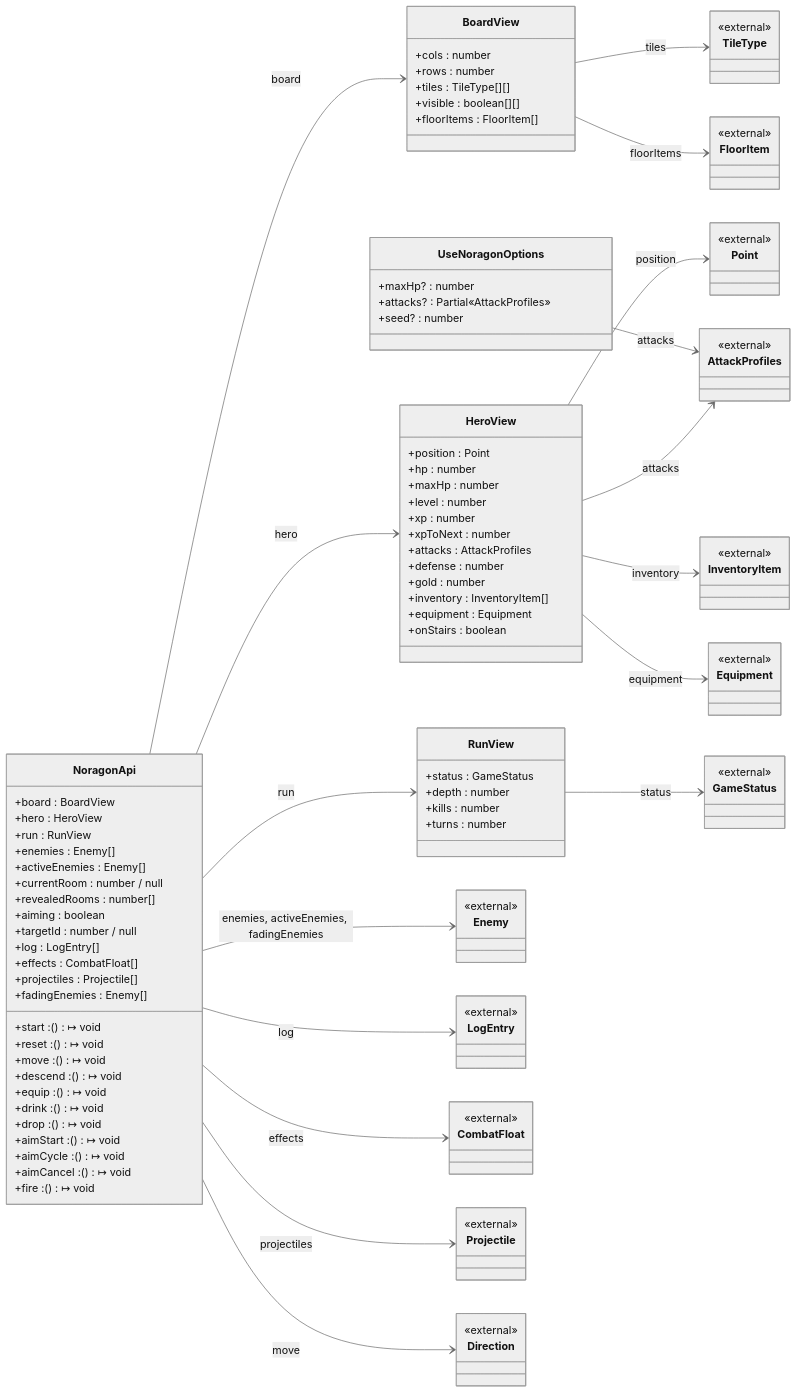
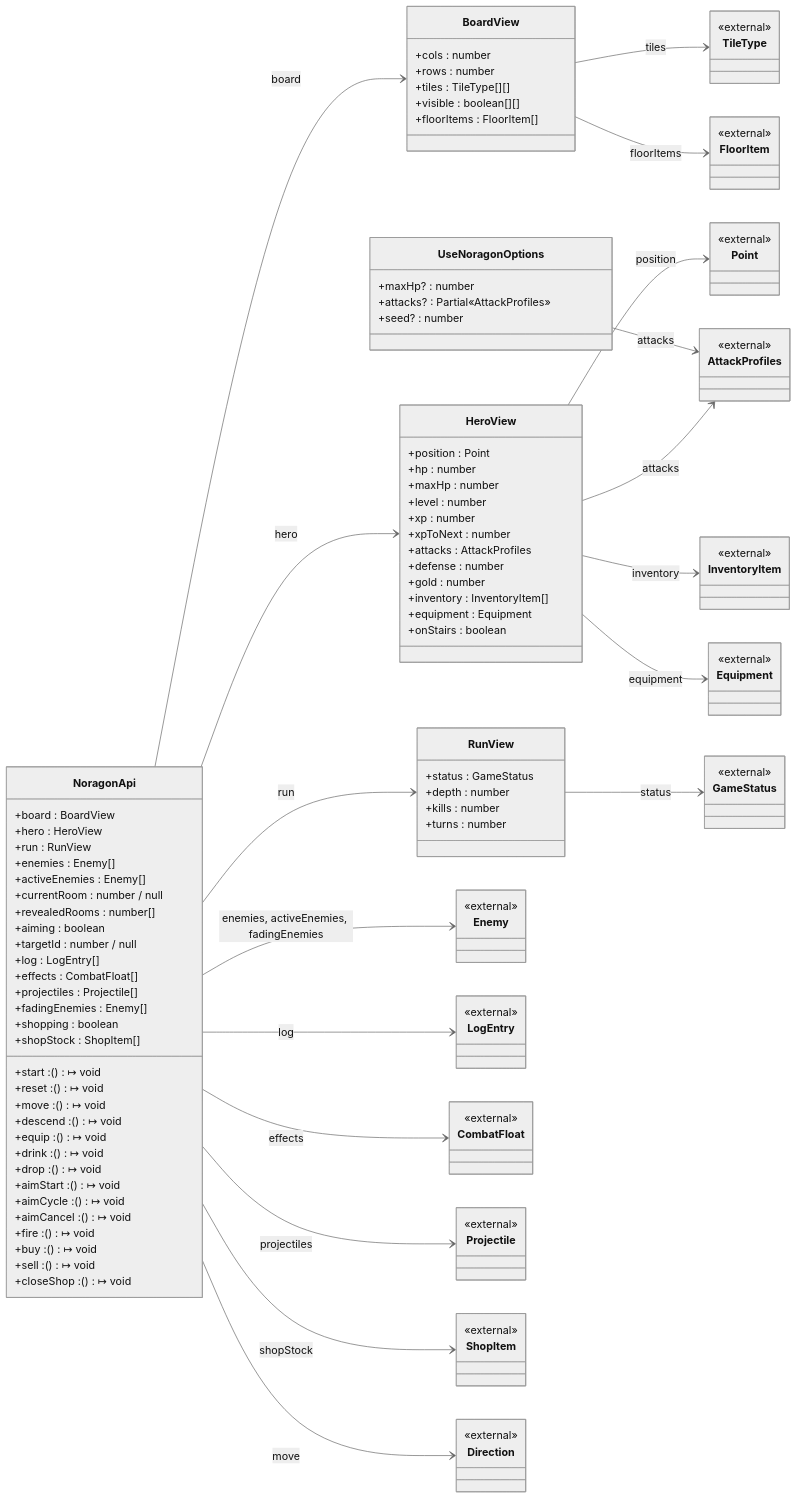
Before and after one commit to norarcasey/legends-of-noragon: the third of 4 diagrams in docs/DOMAIN_MODEL.md, drawn with Mermaid (neutral theme). The commit also changed other lines of this file and 30 other files, not shown here.

First line of the commit message:
Add a merchant shop room (buy/sell with marked-up prices)

````diff
--- a/docs/DOMAIN_MODEL.md
+++ b/docs/DOMAIN_MODEL.md
@@ -385,6 +409,8 @@
     +effects : CombatFloat[]
     +projectiles : Projectile[]
     +fadingEnemies : Enemy[]
+    +shopping : boolean
+    +shopStock : ShopItem[]
     +start : () ↦ void
     +reset : () ↦ void
     +move : () ↦ void
@@ -396,6 +422,9 @@
     +aimCycle : () ↦ void
     +aimCancel : () ↦ void
     +fire : () ↦ void
+    +buy : () ↦ void
+    +sell : () ↦ void
+    +closeShop : () ↦ void
   }
   class AttackProfiles {
     <<external>>
@@ -430,6 +459,9 @@
   class Projectile {
     <<external>>
   }
+  class ShopItem {
+    <<external>>
+  }
   class Direction {
     <<external>>
   }
@@ -448,5 +480,6 @@
   NoragonApi --> LogEntry : log
   NoragonApi --> CombatFloat : effects
   NoragonApi --> Projectile : projectiles
+  NoragonApi --> ShopItem : shopStock
   NoragonApi --> Direction : move
 ```
````
